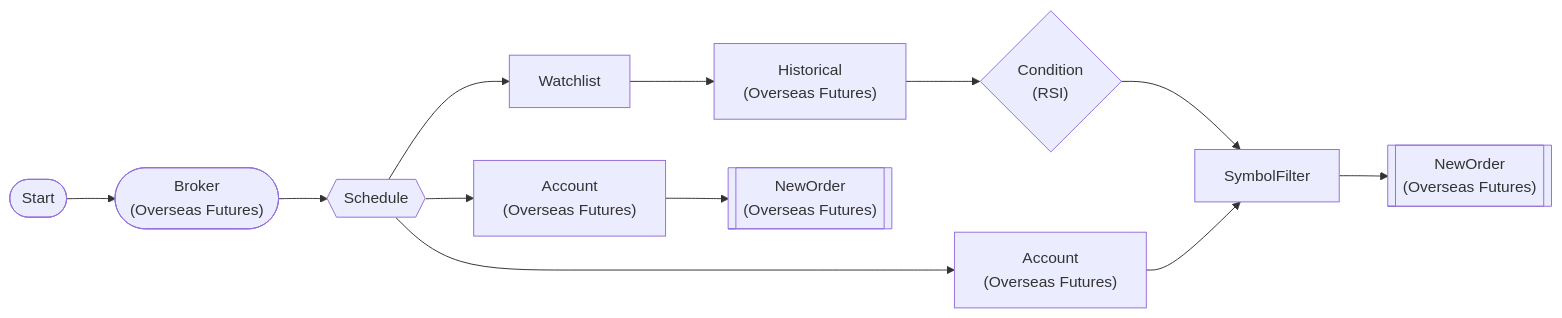
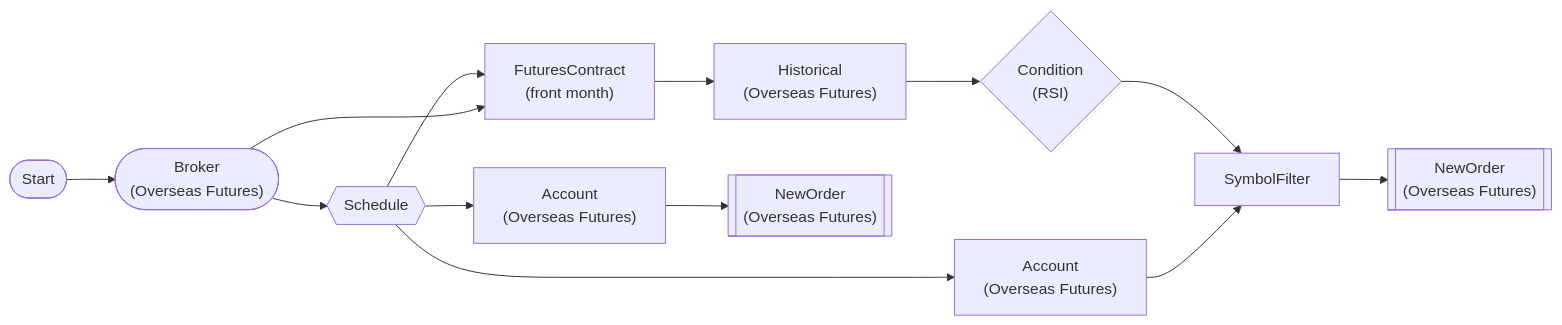
The diagram in src/programgarden/examples/workflows/62-rsi-futures-bot.md (programgarden/programgarden), drawn with Mermaid before and after one commit. The commit also changed other lines of this file and 43 other files, not shown here.

First line of the commit message:
feat(futures): 월물 하드코딩 근본 제거 — FuturesContractNode 신설 + 예제 16건 전환

````diff
--- a/src/programgarden/examples/workflows/62-rsi-futures-bot.md
+++ b/src/programgarden/examples/workflows/62-rsi-futures-bot.md
@@ -20,32 +20,34 @@
 ```mermaid
 graph LR
     start(["Start"])
     broker(["Broker
 (Overseas Futures)"])
     schedule{{"Schedule"}}
     account["Account
 (Overseas Futures)"]
-    watchlist["Watchlist"]
+    contract["FuturesContract
+(front month)"]
     historical["Historical
 (Overseas Futures)"]
     rsi{"Condition
 (RSI)"}
     filter_buy["SymbolFilter"]
     buy_order[["NewOrder
 (Overseas Futures)"]]
     account_sell["Account
 (Overseas Futures)"]
     sell_order[["NewOrder
 (Overseas Futures)"]]
     start --> broker
     broker --> schedule
     schedule --> account
-    schedule --> watchlist
-    watchlist --> historical
+    schedule --> contract
+    broker --> contract
+    contract --> historical
     historical --> rsi
     rsi --> filter_buy
     account --> filter_buy
     filter_buy --> buy_order
     schedule --> account_sell
     account_sell --> sell_order
 ```
````
